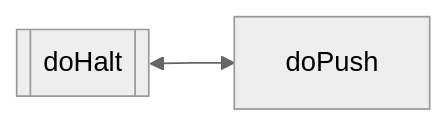
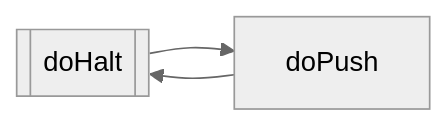
The sixth of 6 diagrams in src/main/scala/acal/lab05/Hw2/state.md (Shiritai/aias-lab5-spring-2024), drawn with Mermaid (neutral theme) before and after one commit. The commit also changed other lines of this file and 5 other files, not shown here.

````diff
--- a/src/main/scala/acal/lab05/Hw2/state.md
+++ b/src/main/scala/acal/lab05/Hw2/state.md
@@ -66,4 +69,4 @@
 ```mermaid
 graph LR
-    doHalt[["doHalt"]] <--> doPush
+    doHalt[["doHalt"]] --> doPush --> doHalt
 ```
````
